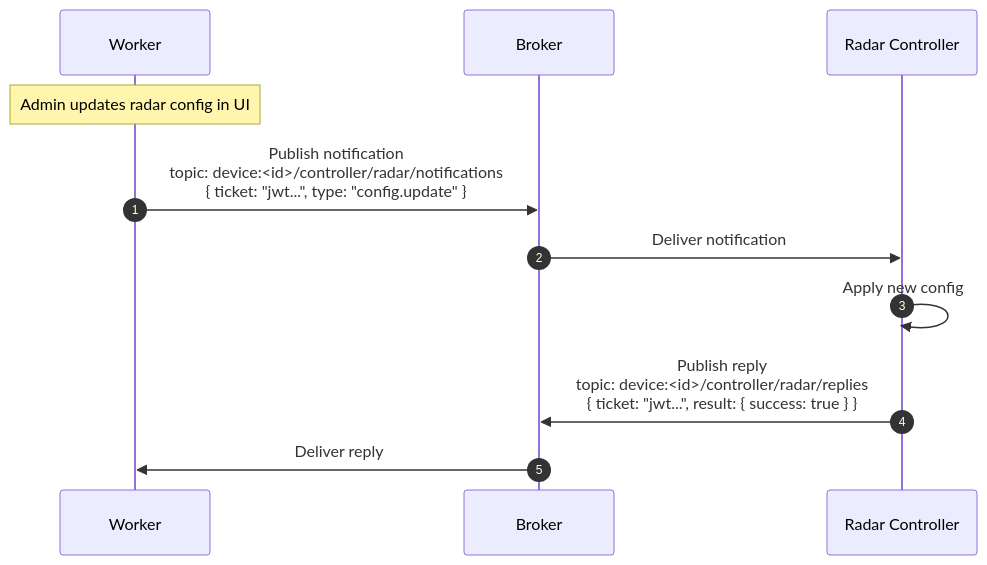
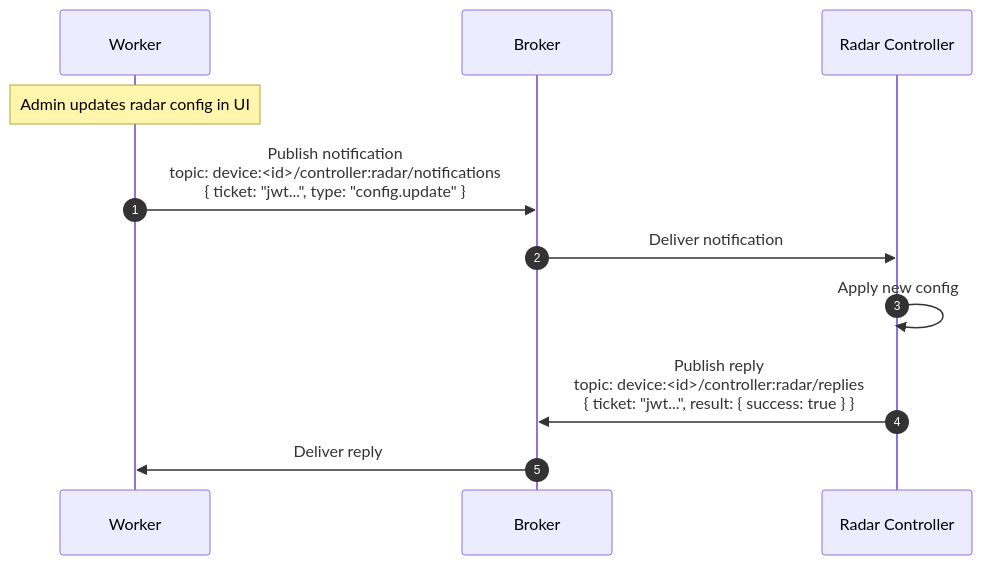
The third of 5 diagrams in docs/architecture/device/mqtt/controllers/CONTROLLER.md (Tis1201/data_fs04), drawn with Mermaid before and after one commit. The commit also changed other lines of this file, not shown here.

Commit message:
feat: Standardize controller MQTT topic patterns to `type:id` format, update mint endpoint, and adjust worker subscriptions.

````diff
--- a/docs/architecture/device/mqtt/controllers/CONTROLLER.md
+++ b/docs/architecture/device/mqtt/controllers/CONTROLLER.md
@@ -209,14 +207,14 @@
 ```mermaid
 sequenceDiagram
     autonumber
     participant W as Worker
     participant B as Broker
     participant C as Radar Controller
 
     Note over W: Admin updates radar config in UI
-    W->>B: Publish notification<br/>topic: device:<id>/controller/radar/notifications<br/>{ ticket: "jwt...", type: "config.update" }
+    W->>B: Publish notification<br/>topic: device:<id>/controller:radar/notifications<br/>{ ticket: "jwt...", type: "config.update" }
     B->>C: Deliver notification
     C->>C: Apply new config
-    C->>B: Publish reply<br/>topic: device:<id>/controller/radar/replies<br/>{ ticket: "jwt...", result: { success: true } }
+    C->>B: Publish reply<br/>topic: device:<id>/controller:radar/replies<br/>{ ticket: "jwt...", result: { success: true } }
     B->>W: Deliver reply
 ```
````
